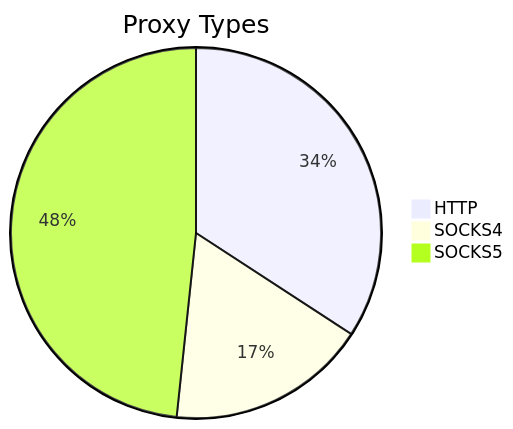
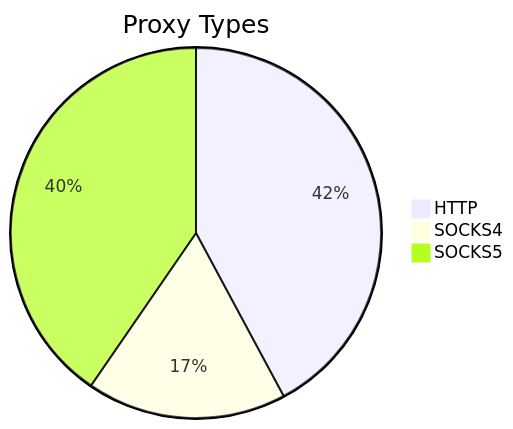
The first of 2 diagrams in README.md (stormsia/proxy-list), drawn with Mermaid before and after one commit. The commit also changed other lines of this file, not shown here.

````diff
--- a/README.md
+++ b/README.md
@@ -21,6 +21,6 @@
 ```mermaid
 pie title Proxy Types
-    "HTTP" : 174
-    "SOCKS4" : 89
-    "SOCKS5" : 246
+    "HTTP" : 145
+    "SOCKS4" : 60
+    "SOCKS5" : 139
 ```
````
